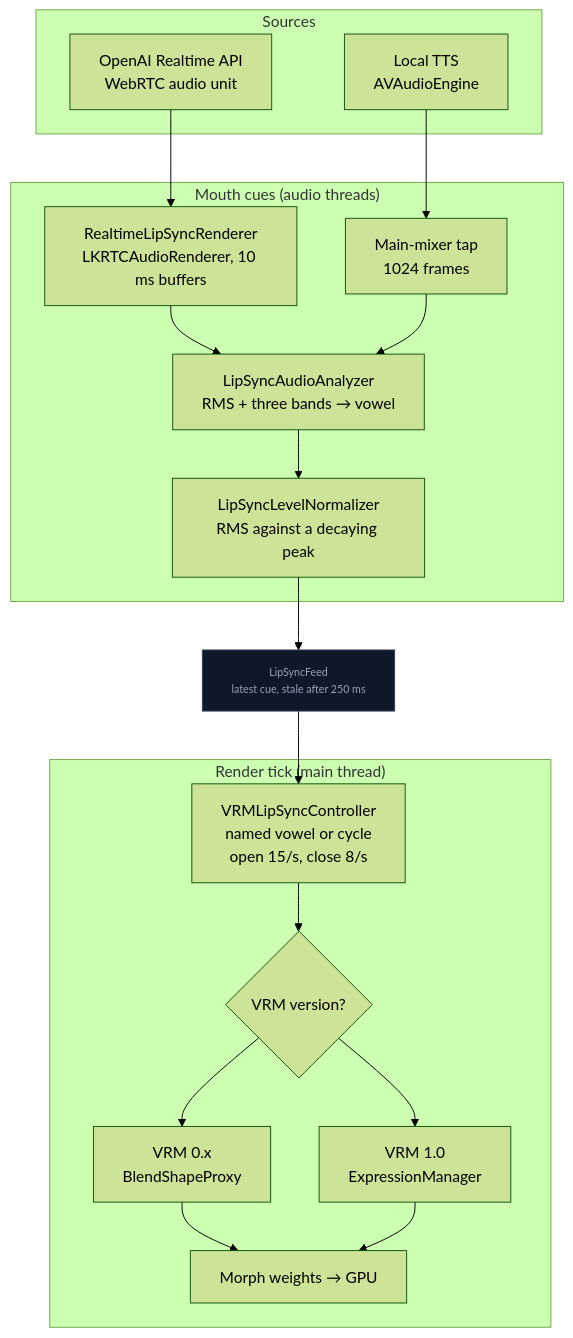
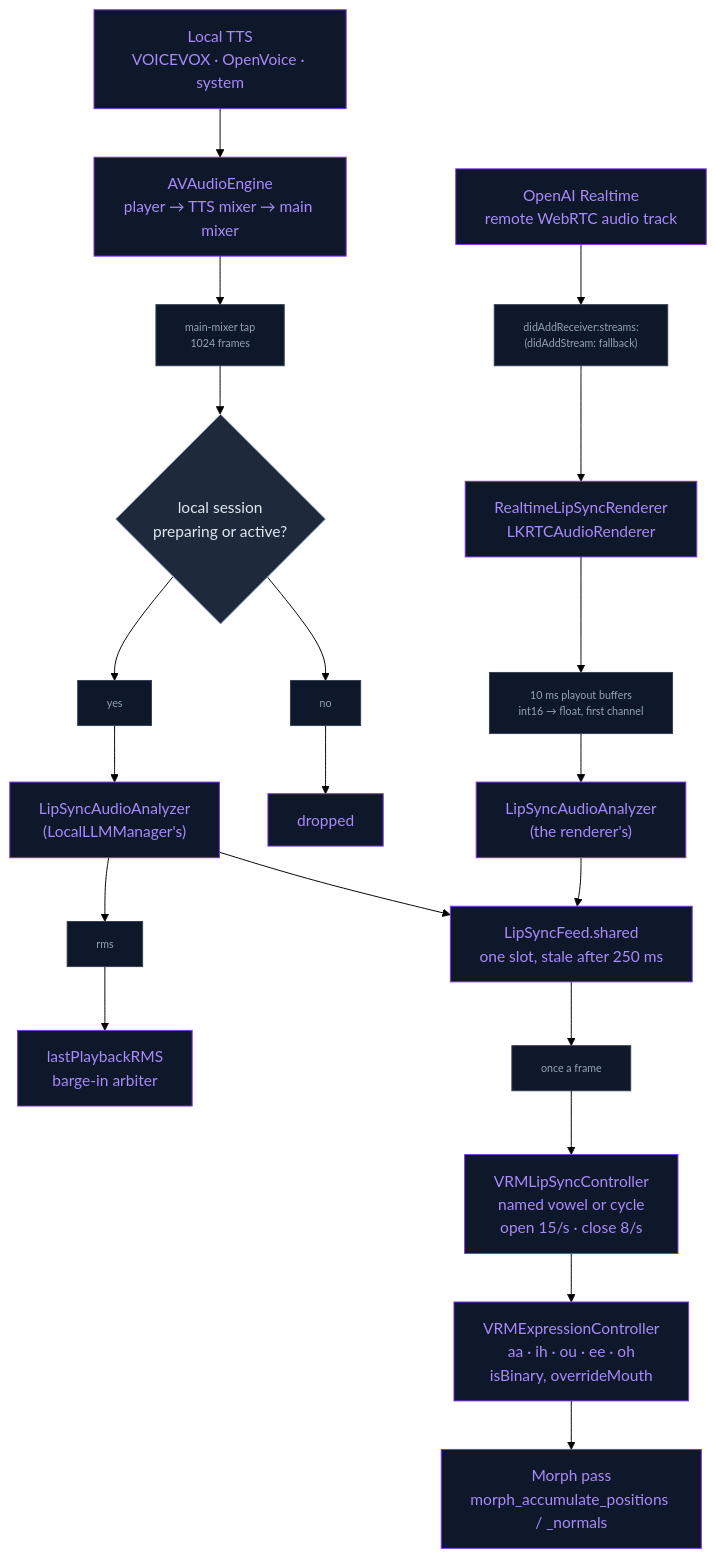
Before and after one commit to kevinliddel/NeuraLink: the diagram in docs/Engine/LipSync.md, drawn with Mermaid (forest theme). The commit also changed other lines of this file and 21 other files, not shown here.

````diff
--- a/docs/Engine/LipSync.md
+++ b/docs/Engine/LipSync.md
@@ -160,28 +171,28 @@
 ```mermaid
 flowchart TD
-    subgraph Sources
-        OAI["OpenAI Realtime API<br/>WebRTC audio unit"]
-        TTS["Local TTS<br/>AVAudioEngine"]
-    end
-    subgraph Cues["Mouth cues (audio threads)"]
-        REND["RealtimeLipSyncRenderer<br/>LKRTCAudioRenderer, 10 ms buffers"]
-        TAP["Main-mixer tap<br/>1024 frames"]
-        ANA["LipSyncAudioAnalyzer<br/>RMS + three bands → vowel"]
-        NORM["LipSyncLevelNormalizer<br/>RMS against a decaying peak"]
-    end
-    FEED["LipSyncFeed<br/>latest cue, stale after 250 ms"]
-    subgraph Render["Render tick (main thread)"]
-        CTRL["VRMLipSyncController<br/>named vowel or cycle<br/>open 15/s, close 8/s"]
-        VER{"VRM version?"}
-        V0["VRM 0.x<br/>BlendShapeProxy"]
-        V1["VRM 1.0<br/>ExpressionManager"]
-        MORPH["Morph weights → GPU"]
-    end
-    OAI --> REND --> ANA
-    TTS --> TAP --> ANA --> NORM --> FEED
-    FEED --> CTRL --> VER
-    VER --> V0 --> MORPH
-    VER --> V1 --> MORPH
+    OAI["OpenAI Realtime<br/>remote WebRTC audio track"] --> D1["didAddReceiver:streams:<br/>(didAddStream: fallback)"] --> REND["RealtimeLipSyncRenderer<br/>LKRTCAudioRenderer"]
+    REND --> D2["10 ms playout buffers<br/>int16 → float, first channel"] --> ANA1["LipSyncAudioAnalyzer<br/>(the renderer's)"]
+
+    TTS["Local TTS<br/>VOICEVOX · OpenVoice · system"] --> MIX["AVAudioEngine<br/>player → TTS mixer → main mixer"]
+    MIX --> D3["main-mixer tap<br/>1024 frames"] --> GATE{"local session<br/>preparing or active?"}
+    GATE --> D4["no"] --> DROP["dropped"]
+    GATE --> D5["yes"] --> ANA2["LipSyncAudioAnalyzer<br/>(LocalLLMManager's)"]
+    ANA2 --> D6["rms"] --> BARGE["lastPlaybackRMS<br/>barge-in arbiter"]
+
+    ANA1 --> FEED["LipSyncFeed.shared<br/>one slot, stale after 250 ms"]
+    ANA2 --> FEED
+    FEED --> D7["once a frame"] --> CTRL["VRMLipSyncController<br/>named vowel or cycle<br/>open 15/s · close 8/s"]
+    CTRL --> EXPR["VRMExpressionController<br/>aa · ih · ou · ee · oh<br/>isBinary, overrideMouth"]
+    EXPR --> MORPH["Morph pass<br/>morph_accumulate_positions / _normals"]
+
+    %% Styles
+    classDef core fill:#0f172a,stroke:#7c3aed,color:#a78bfa
+    classDef decision fill:#1e293b,stroke:#94a3b8,color:#e2e8f0
+
+    class OAI,REND,ANA1,TTS,MIX,ANA2,BARGE,DROP,FEED,CTRL,EXPR,MORPH core
+    class GATE decision
+
+    %% Data nodes (consistent system-wide)
     classDef data fill:#0f172a,stroke:#334155,color:#94a3b8,font-size:11px
-    class FEED data
+    class D1,D2,D3,D4,D5,D6,D7 data
 ```
````
